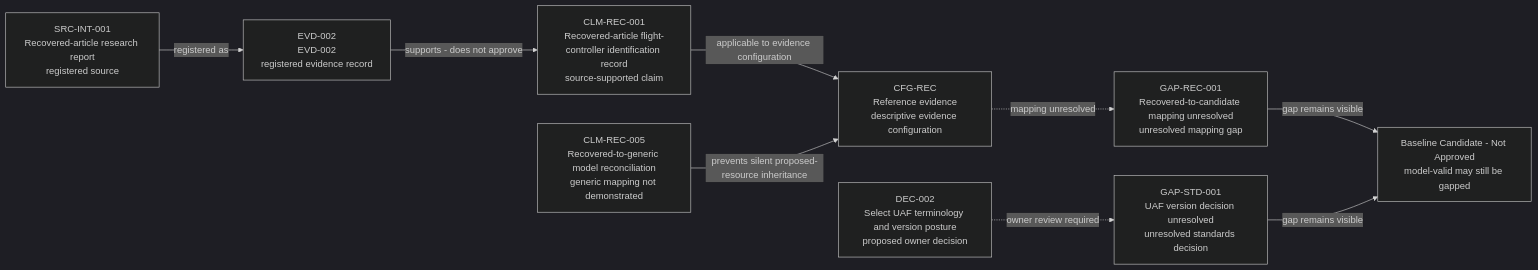
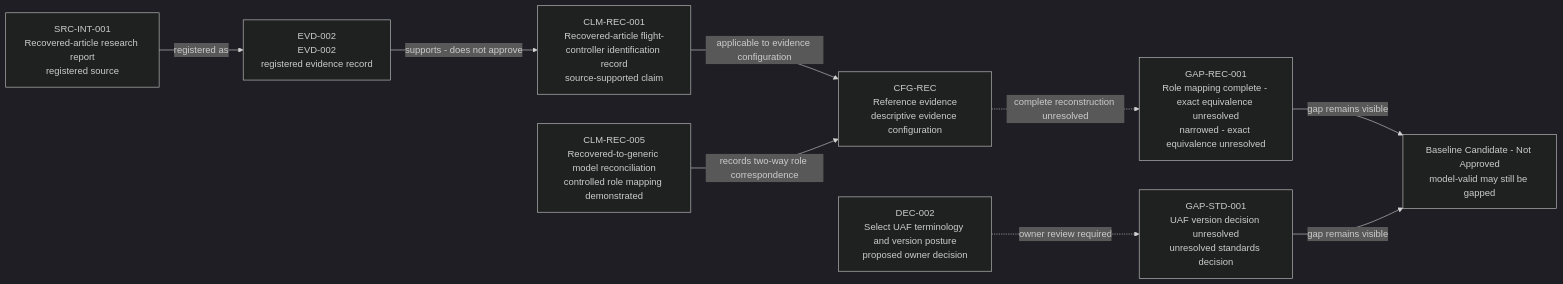
Diagram 22 of 22 in reports/architecture-views.md (noahstephenson/low-cost-relay-uas), drawn with Mermaid (dark theme) before and after one commit. The commit also changed other lines of this file and 11 other files, not shown here.

Commit message:
Record internal architecture verification baseline

````diff
--- a/reports/architecture-views.md
+++ b/reports/architecture-views.md
@@ -520,21 +556,21 @@
 ```mermaid
 flowchart LR
     %% Configuration scope: Project governance - CFG-REC evidence semantics - all configurations remain not approved
     SRC_INT_001["SRC-INT-001<br/>Recovered-article research report<br/>registered source"]
     EVD_002["EVD-002<br/>EVD-002<br/>registered evidence record"]
     CLM_REC_001["CLM-REC-001<br/>Recovered-article flight-controller identification record<br/>source-supported claim"]
     CFG_REC["CFG-REC<br/>Reference evidence<br/>descriptive evidence configuration"]
-    CLM_REC_005["CLM-REC-005<br/>Recovered-to-generic model reconciliation<br/>generic mapping not demonstrated"]
-    GAP_REC_001["GAP-REC-001<br/>Recovered-to-candidate mapping unresolved<br/>unresolved mapping gap"]
+    CLM_REC_005["CLM-REC-005<br/>Recovered-to-generic model reconciliation<br/>controlled role mapping demonstrated"]
+    GAP_REC_001["GAP-REC-001<br/>Role mapping complete - exact equivalence unresolved<br/>narrowed - exact equivalence unresolved"]
     DEC_002["DEC-002<br/>Select UAF terminology and version posture<br/>proposed owner decision"]
     GAP_STD_001["GAP-STD-001<br/>UAF version decision unresolved<br/>unresolved standards decision"]
     BASELINE["Baseline Candidate - Not Approved<br/>model-valid may still be gapped"]
     SRC_INT_001 -->|"registered as"| EVD_002
     EVD_002 -->|"supports - does not approve"| CLM_REC_001
     CLM_REC_001 -->|"applicable to evidence configuration"| CFG_REC
-    CLM_REC_005 -->|"prevents silent proposed-resource inheritance"| CFG_REC
-    CFG_REC -.->|"mapping unresolved"| GAP_REC_001
+    CLM_REC_005 -->|"records two-way role correspondence"| CFG_REC
+    CFG_REC -.->|"complete reconstruction unresolved"| GAP_REC_001
     DEC_002 -.->|"owner review required"| GAP_STD_001
     GAP_REC_001 -->|"gap remains visible"| BASELINE
     GAP_STD_001 -->|"gap remains visible"| BASELINE
 ```
````
